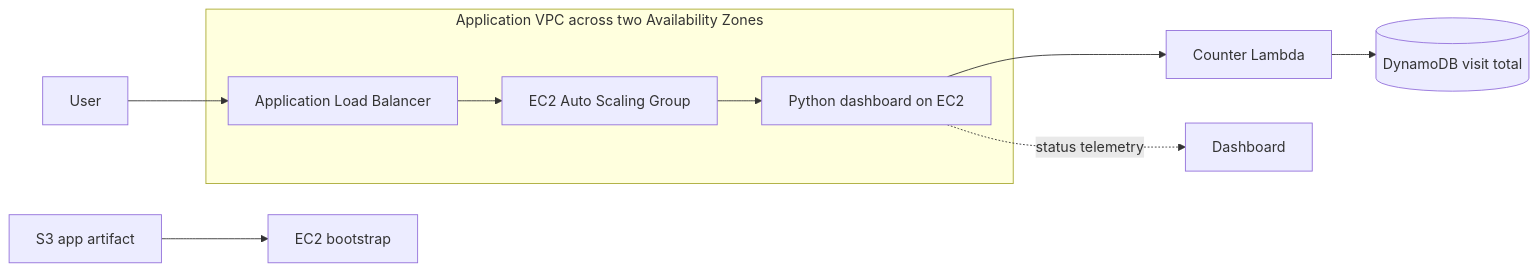
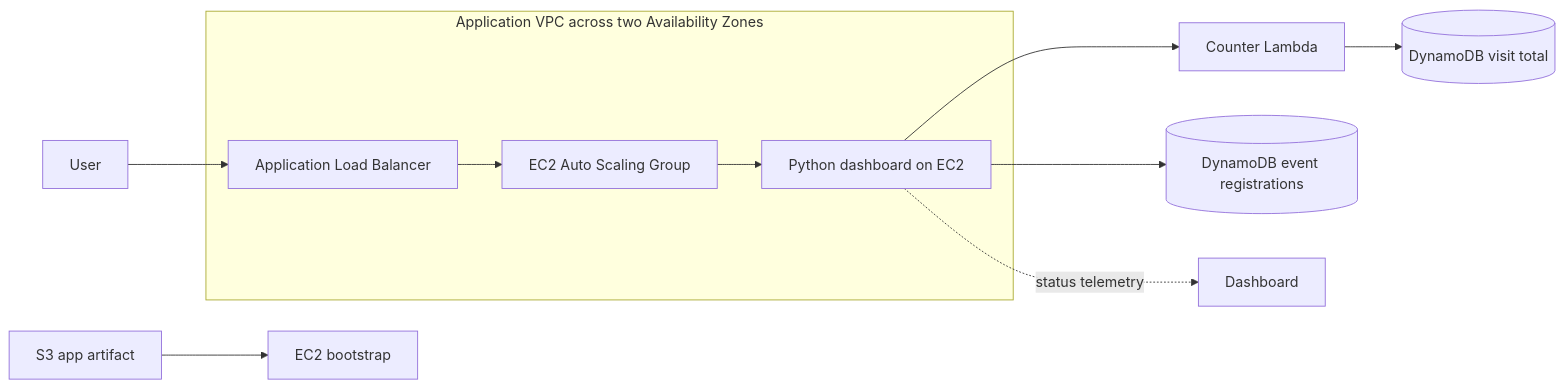
The first of 4 diagrams in README.md (atulkamble/aws-highly-available-webapp), drawn with Mermaid before and after one commit. The commit also changed other lines of this file and 8 other files, not shown here.

````diff
--- a/README.md
+++ b/README.md
@@ -28,16 +30,17 @@
 ```mermaid
 flowchart LR
     User[User] --> ALB[Application Load Balancer]
     ALB --> ASG[EC2 Auto Scaling Group]
     ASG --> Web[Python dashboard on EC2]
     Web --> Counter[Counter Lambda]
     Counter --> Visits[(DynamoDB visit total)]
+    Web --> Registrations[(DynamoDB event registrations)]
     Artifact[S3 app artifact] --> EC2[EC2 bootstrap]
     Web -. status telemetry .-> Browser[Dashboard]
 
     subgraph VPC[Application VPC across two Availability Zones]
         ALB
         ASG
         Web
     end
 ```
````
